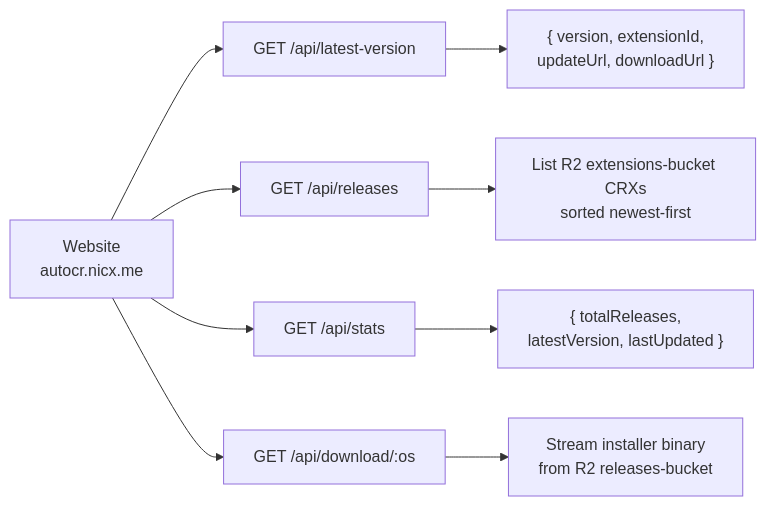
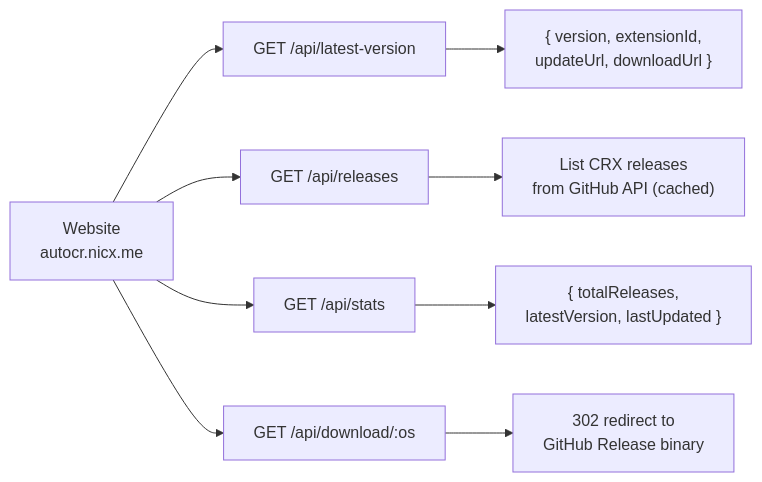
Before and after one commit to NICxKMS/auto-coursera: the fourth of 4 diagrams in docs/ARCHITECTURE.md, drawn with Mermaid. The commit also changed other lines of this file and 116 other files, not shown here.

````diff
--- a/docs/ARCHITECTURE.md
+++ b/docs/ARCHITECTURE.md
@@ -339,12 +358,12 @@
 ```mermaid
 flowchart LR
     WEB["Website\nautocr.nicx.me"] --> V["GET /api/latest-version"]
     WEB --> R["GET /api/releases"]
     WEB --> S["GET /api/stats"]
     WEB --> D["GET /api/download/:os"]
 
     V --> VR["{ version, extensionId,\nupdateUrl, downloadUrl }"]
-    R --> RR["List R2 extensions-bucket CRXs\nsorted newest-first"]
+    R --> RR["List CRX releases\nfrom GitHub API (cached)"]
     S --> SR["{ totalReleases,\nlatestVersion, lastUpdated }"]
-    D --> DR["Stream installer binary\nfrom R2 releases-bucket"]
+    D --> DR["302 redirect to\nGitHub Release binary"]
 ```
````
